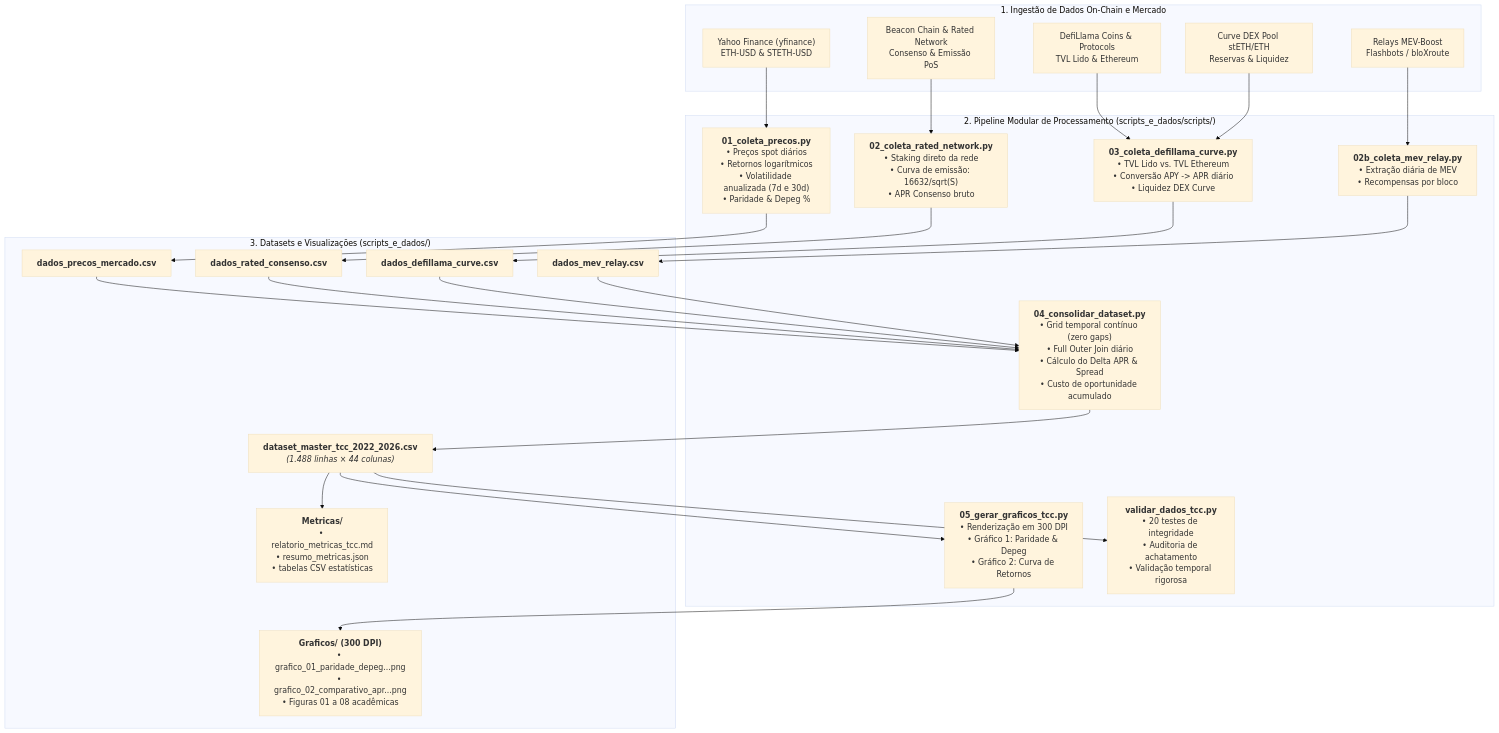
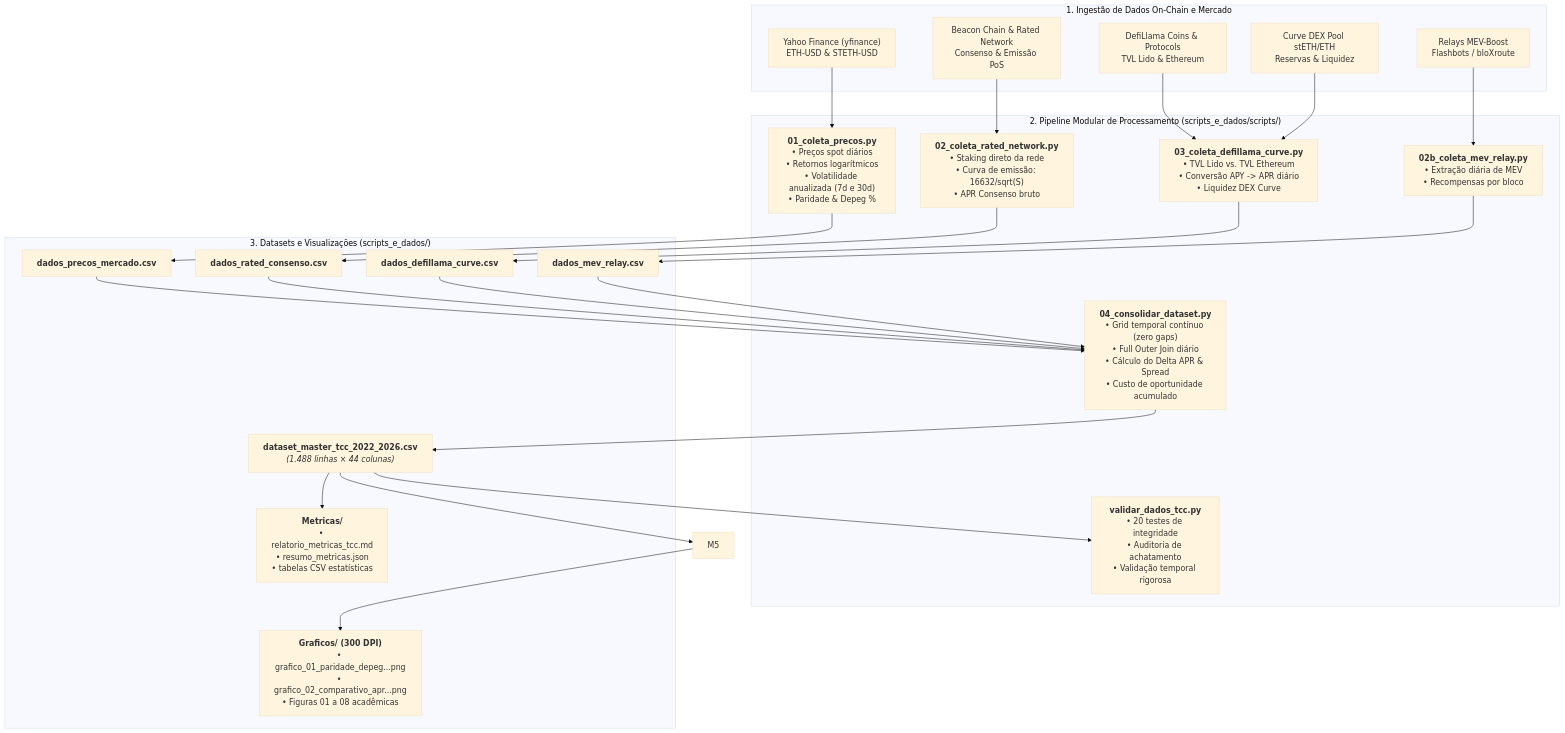
Before and after one commit to Maths0007/TCC_DEFI: the diagram in README.md, drawn with Mermaid (base theme).

````diff
--- a/README.md
+++ b/README.md
@@ -16,52 +16,51 @@
 ```mermaid
 flowchart TD
     subgraph INGESTAO["1. Ingestão de Dados On-Chain e Mercado"]
         API1["Yahoo Finance (yfinance)<br>ETH-USD & STETH-USD"]
         API2["DefiLlama Coins & Protocols<br>TVL Lido & Ethereum"]
         API3["Curve DEX Pool stETH/ETH<br>Reservas & Liquidez"]
         API4["Beacon Chain & Rated Network<br>Consenso & Emissão PoS"]
         API5["Relays MEV-Boost<br>Flashbots / bloXroute"]
     end
 
     subgraph MODULOS["2. Pipeline Modular de Processamento (scripts_e_dados/scripts/)"]
         M1["<b>01_coleta_precos.py</b><br>• Preços spot diários<br>• Retornos logarítmicos<br>• Volatilidade anualizada (7d e 30d)<br>• Paridade & Depeg %"]
         M2["<b>02_coleta_rated_network.py</b><br>• Staking direto da rede<br>• Curva de emissão: 16632/sqrt(S)<br>• APR Consenso bruto"]
         M2b["<b>02b_coleta_mev_relay.py</b><br>• Extração diária de MEV<br>• Recompensas por bloco"]
         M3["<b>03_coleta_defillama_curve.py</b><br>• TVL Lido vs. TVL Ethereum<br>• Conversão APY -> APR diário<br>• Liquidez DEX Curve"]
         M4["<b>04_consolidar_dataset.py</b><br>• Grid temporal contínuo (zero gaps)<br>• Full Outer Join diário<br>• Cálculo do Delta APR & Spread<br>• Custo de oportunidade acumulado"]
-        M5["<b>05_gerar_graficos_tcc.py</b><br>• Renderização em 300 DPI<br>• Gráfico 1: Paridade & Depeg<br>• Gráfico 2: Curva de Retornos"]
         VAL["<b>validar_dados_tcc.py</b><br>• 20 testes de integridade<br>• Auditoria de achatamento<br>• Validação temporal rigorosa"]
     end
 
     subgraph SAIDAS["3. Datasets e Visualizações (scripts_e_dados/)"]
         D1["<b>dados_precos_mercado.csv</b>"]
         D2["<b>dados_rated_consenso.csv</b>"]
         D3["<b>dados_defillama_curve.csv</b>"]
         D4["<b>dados_mev_relay.csv</b>"]
         MASTER["<b>dataset_master_tcc_2022_2026.csv</b><br><i>(1.488 linhas × 44 colunas)</i>"]
         FIGS["<b>Graficos/ (300 DPI)</b><br>• grafico_01_paridade_depeg...png<br>• grafico_02_comparativo_apr...png<br>• Figuras 01 a 08 acadêmicas"]
         METRICS["<b>Metricas/</b><br>• relatorio_metricas_tcc.md<br>• resumo_metricas.json<br>• tabelas CSV estatísticas"]
     end
 
     API1 --> M1
     API2 --> M3
     API3 --> M3
     API4 --> M2
     API5 --> M2b
 
     M1 --> D1
     M2 --> D2
     M2b --> D4
     M3 --> D3
 
     D1 --> M4
     D2 --> M4
     D3 --> M4
     D4 --> M4
 
     M4 --> MASTER
     MASTER --> VAL
     MASTER --> M5
     M5 --> FIGS
     MASTER --> METRICS
 ```
````
